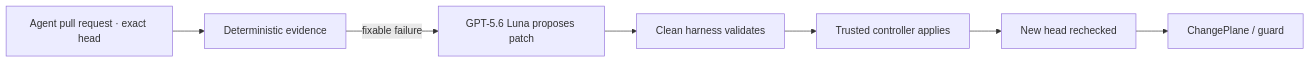
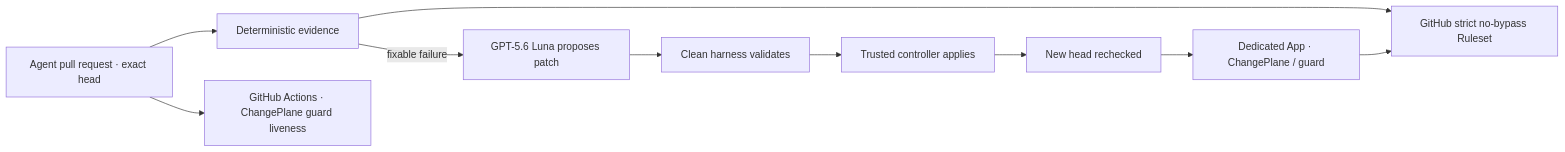
Before and after one commit to LeChiffreVol2/changeplane: the diagram in README.md, drawn with Mermaid. The commit also changed other lines of this file and 47 other files, not shown here.

````diff
--- a/README.md
+++ b/README.md
@@ -34,9 +37,12 @@
 ```mermaid
 flowchart LR
     A["Agent pull request · exact head"] --> B["Deterministic evidence"]
+    A --> H["GitHub Actions · ChangePlane guard liveness"]
     B -->|"fixable failure"| C["GPT-5.6 Luna proposes patch"]
     C --> D["Clean harness validates"]
     D --> E["Trusted controller applies"]
     E --> F["New head rechecked"]
-    F --> G["ChangePlane / guard"]
+    F --> G["Dedicated App · ChangePlane / guard"]
+    B --> I["GitHub strict no-bypass Ruleset"]
+    G --> I
 ```
````
